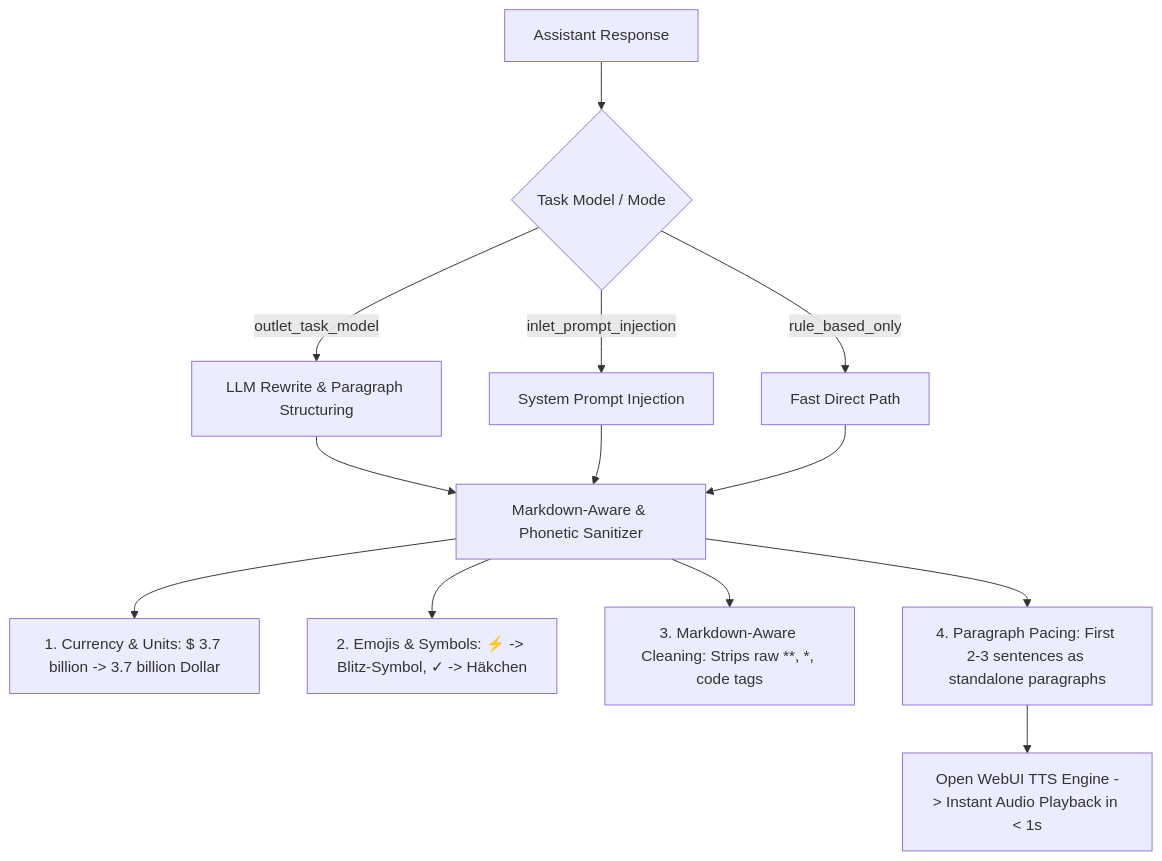
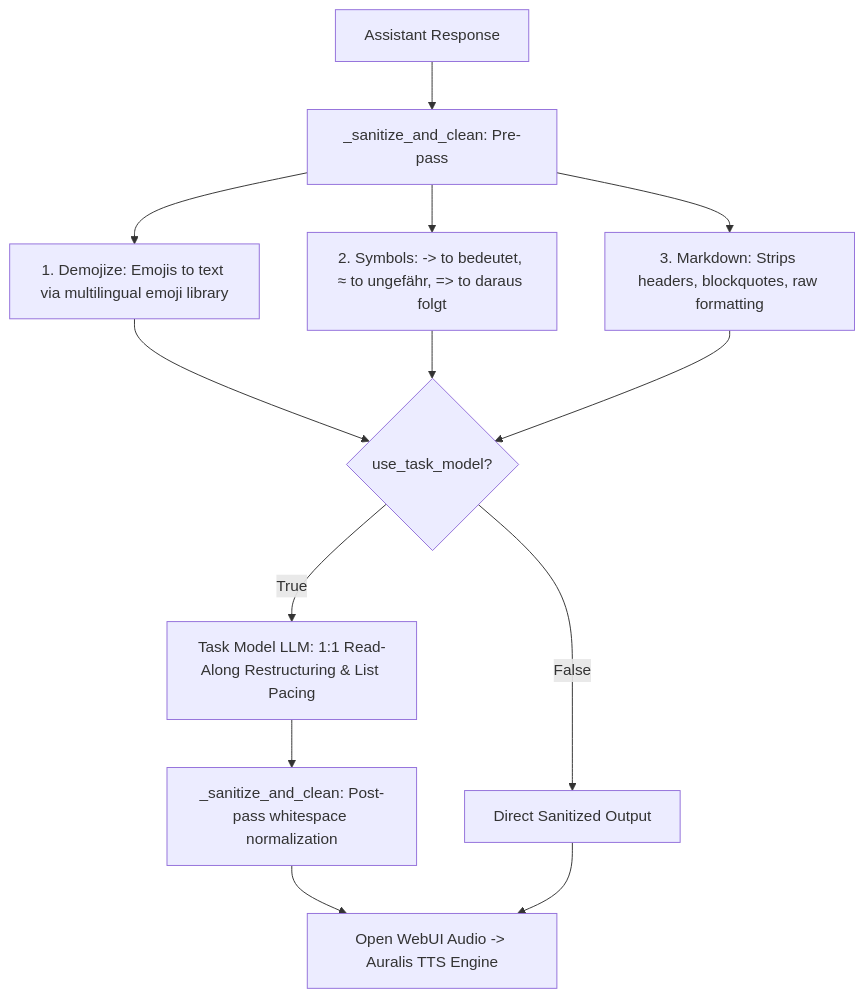
Before and after one commit to mreschka/Auralis: the diagram in integrations/open-webui/README.md, drawn with Mermaid. The commit also changed other lines of this file and 1 other file, not shown here.

Commit message:
Update documentation for TTS Read-Along Filter v2.1.0 (multilingual emoji support and contextual symbols)

````diff
--- a/integrations/open-webui/README.md
+++ b/integrations/open-webui/README.md
@@ -13,15 +13,12 @@
 ```mermaid
 graph TD
-    A[Assistant Response] --> B{Task Model / Mode}
-    B -->|outlet_task_model| C[LLM Rewrite & Paragraph Structuring]
-    B -->|inlet_prompt_injection| D[System Prompt Injection]
-    B -->|rule_based_only| E[Fast Direct Path]
-    C --> F[Markdown-Aware & Phonetic Sanitizer]
-    D --> F
-    E --> F
-    F --> G[1. Currency & Units: $ 3.7 billion -> 3.7 billion Dollar]
-    F --> H[2. Emojis & Symbols: ⚡ -> Blitz-Symbol, ✓ -> Häkchen]
-    F --> I[3. Markdown-Aware Cleaning: Strips raw **, *, code tags]
-    F --> J[4. Paragraph Pacing: First 2-3 sentences as standalone paragraphs]
-    J --> K[Open WebUI TTS Engine -> Instant Audio Playback in < 1s]
+    A[Assistant Response] --> B[_sanitize_and_clean: Pre-pass]
+    B --> C[1. Demojize: Emojis to text via multilingual emoji library]
+    B --> D[2. Symbols: -> to bedeutet, ≈ to ungefähr, => to daraus folgt]
+    B --> E[3. Markdown: Strips headers, blockquotes, raw formatting]
+    C & D & E --> F{use_task_model?}
+    F -->|True| G[Task Model LLM: 1:1 Read-Along Restructuring & List Pacing]
+    F -->|False| H[Direct Sanitized Output]
+    G --> I[_sanitize_and_clean: Post-pass whitespace normalization]
+    I & H --> J[Open WebUI Audio -> Auralis TTS Engine]
 ```
````
